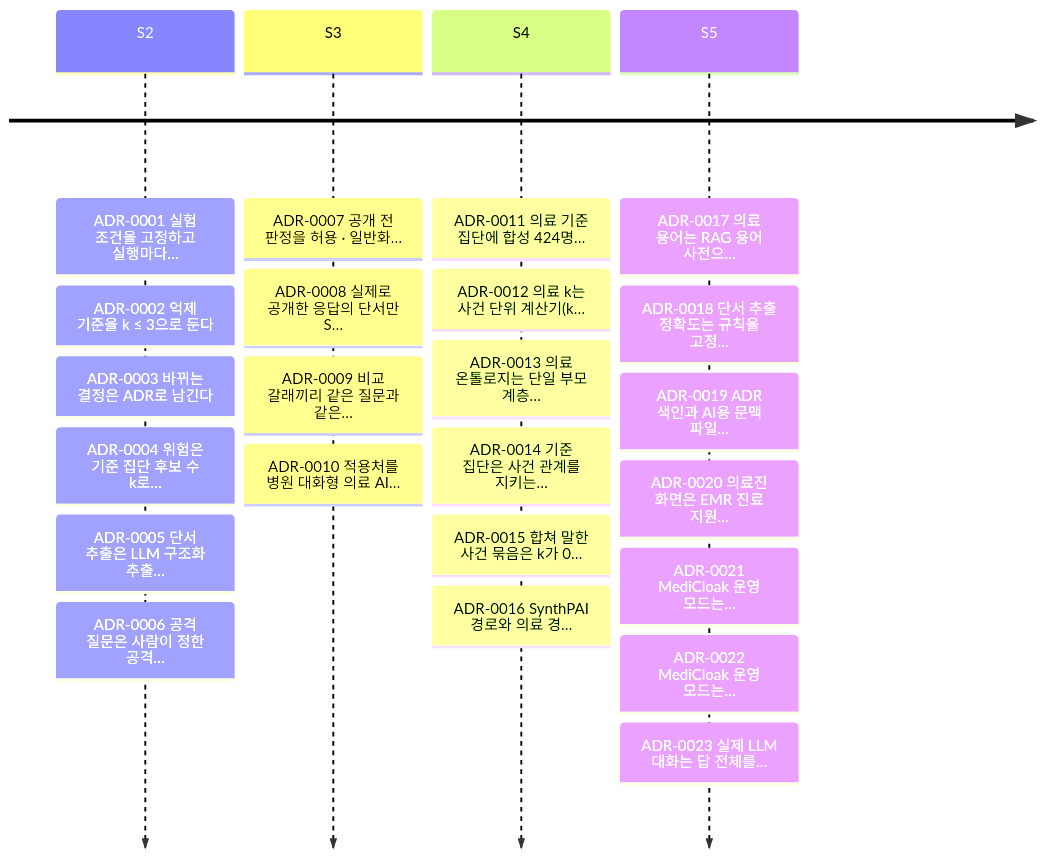
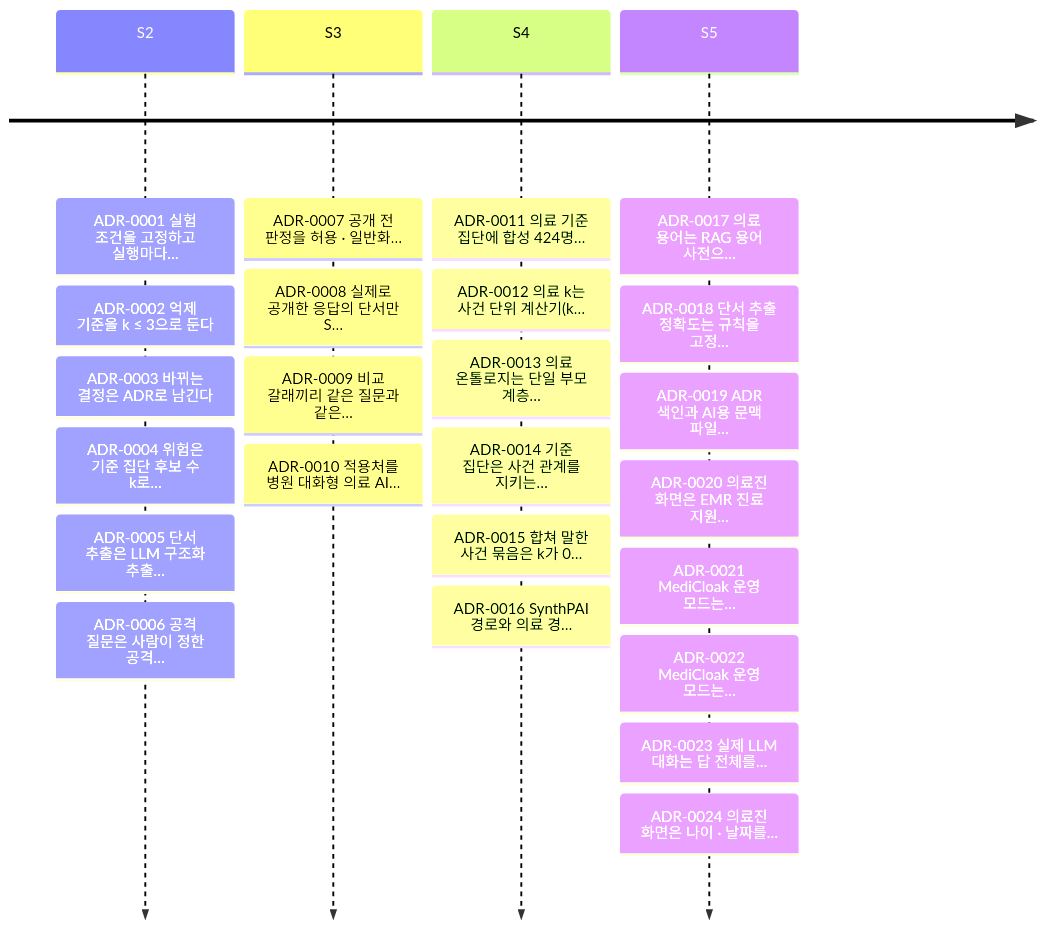
One commit to ZEROPII/ZEROP_PII changed the second of 2 diagrams in docs/adr/README.md. Above: the diagram before and after it, drawn with Mermaid. The commit also changed other lines of this file and 32 other files, not shown here.

````diff
--- a/docs/adr/README.md
+++ b/docs/adr/README.md
@@ -86,7 +87,7 @@
 ```mermaid
 timeline
   S2 : ADR-0001 실험 조건을 고정하고 실행마다… : ADR-0002 억제 기준을 k ≤ 3으로 둔다 : ADR-0003 바뀌는 결정은 ADR로 남긴다 : ADR-0004 위험은 기준 집단 후보 수 k로… : ADR-0005 단서 추출은 LLM 구조화 추출… : ADR-0006 공격 질문은 사람이 정한 공격…
   S3 : ADR-0007 공개 전 판정을 허용 · 일반화… : ADR-0008 실제로 공개한 응답의 단서만 S… : ADR-0009 비교 갈래끼리 같은 질문과 같은… : ADR-0010 적용처를 병원 대화형 의료 AI…
   S4 : ADR-0011 의료 기준 집단에 합성 424명… : ADR-0012 의료 k는 사건 단위 계산기(k… : ADR-0013 의료 온톨로지는 단일 부모 계층… : ADR-0014 기준 집단은 사건 관계를 지키는… : ADR-0015 합쳐 말한 사건 묶음은 k가 0… : ADR-0016 SynthPAI 경로와 의료 경…
-  S5 : ADR-0017 의료 용어는 RAG 용어 사전으… : ADR-0018 단서 추출 정확도는 규칙을 고정… : ADR-0019 ADR 색인과 AI용 문맥 파일… : ADR-0020 의료진 화면은 EMR 진료 지원… : ADR-0021 MediCloak 운영 모드는… : ADR-0022 MediCloak 운영 모드는… : ADR-0023 실제 LLM 대화는 답 전체를…
+  S5 : ADR-0017 의료 용어는 RAG 용어 사전으… : ADR-0018 단서 추출 정확도는 규칙을 고정… : ADR-0019 ADR 색인과 AI용 문맥 파일… : ADR-0020 의료진 화면은 EMR 진료 지원… : ADR-0021 MediCloak 운영 모드는… : ADR-0022 MediCloak 운영 모드는… : ADR-0023 실제 LLM 대화는 답 전체를… : ADR-0024 의료진 화면은 나이 · 날짜를…
 ```
````
